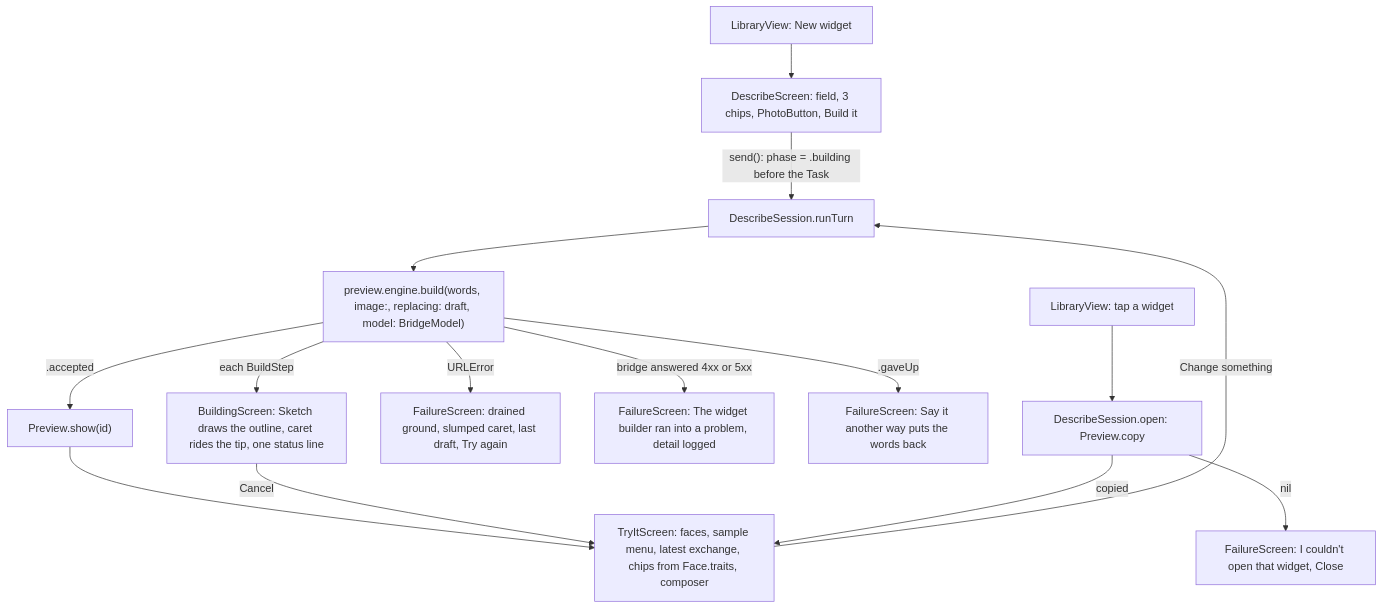
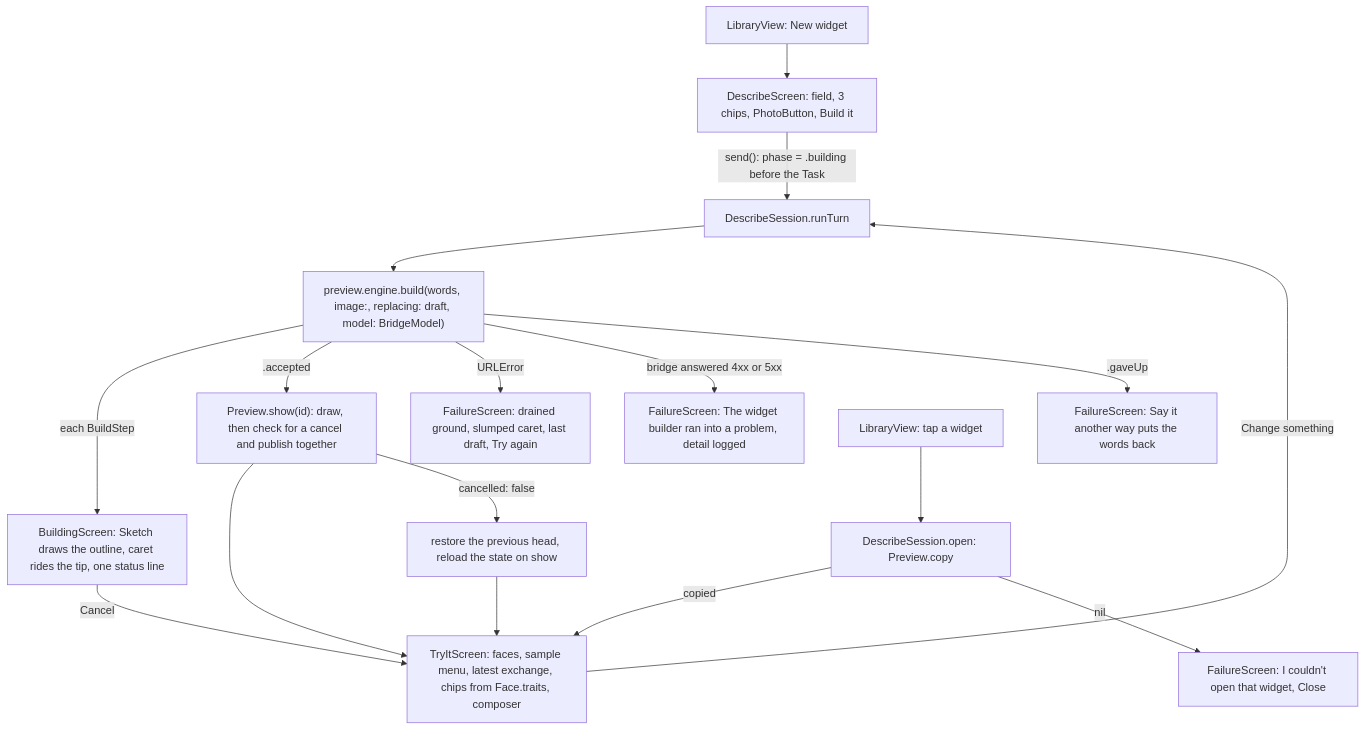
Before and after one commit to Krutik460/Widgie: the first of 3 diagrams in docs/pr/8-phase-2-p5-describe.md, drawn with Mermaid. The commit also changed other lines of this file, not shown here.

````diff
--- a/docs/pr/8-phase-2-p5-describe.md
+++ b/docs/pr/8-phase-2-p5-describe.md
@@ -19,16 +23,17 @@
 ```mermaid
 flowchart TD
   L["LibraryView: New widget"] --> DS["DescribeScreen: field, 3 chips, PhotoButton, Build it"]
   DS -->|"send(): phase = .building before the Task"| RT["DescribeSession.runTurn"]
   RT --> LP["preview.engine.build(words, image:, replacing: draft, model: BridgeModel)"]
   LP -->|"each BuildStep"| BS["BuildingScreen: Sketch draws the outline, caret rides the tip, one status line"]
-  LP -->|".accepted"| SH["Preview.show(id)"] --> TI["TryItScreen: faces, sample menu, latest exchange, chips from Face.traits, composer"]
+  LP -->|".accepted"| SH["Preview.show(id): draw, then check for a cancel and publish together"] --> TI["TryItScreen: faces, sample menu, latest exchange, chips from Face.traits, composer"]
   LP -->|"URLError"| FU["FailureScreen: drained ground, slumped caret, last draft, Try again"]
   LP -->|"bridge answered 4xx or 5xx"| FR["FailureScreen: The widget builder ran into a problem, detail logged"]
   LP -->|".gaveUp"| FG["FailureScreen: Say it another way puts the words back"]
   BS -->|"Cancel"| TI
+  SH -->|"cancelled: false"| RS2["restore the previous head, reload the state on show"] --> TI
   TI -->|"Change something"| RT
   LV["LibraryView: tap a widget"] --> OP["DescribeSession.open: Preview.copy"]
   OP -->|"copied"| TI
   OP -->|"nil"| FO["FailureScreen: I couldn't open that widget, Close"]
 ```
````
